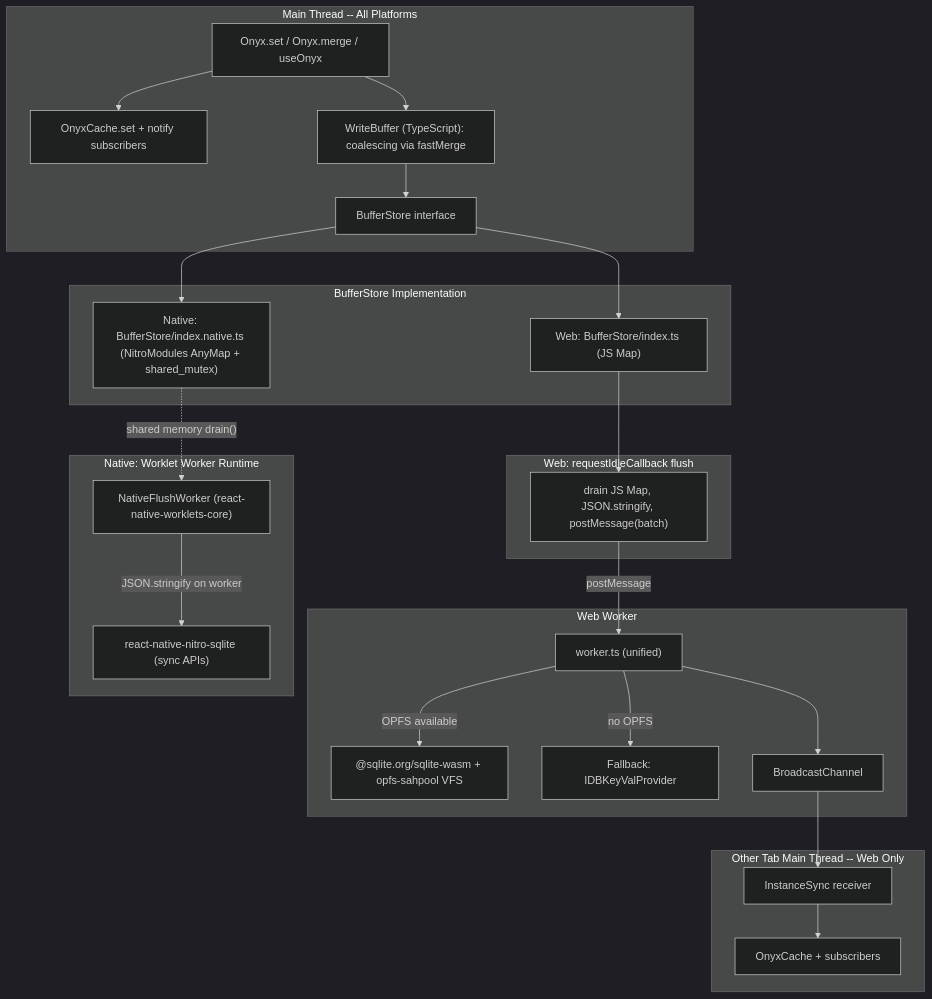
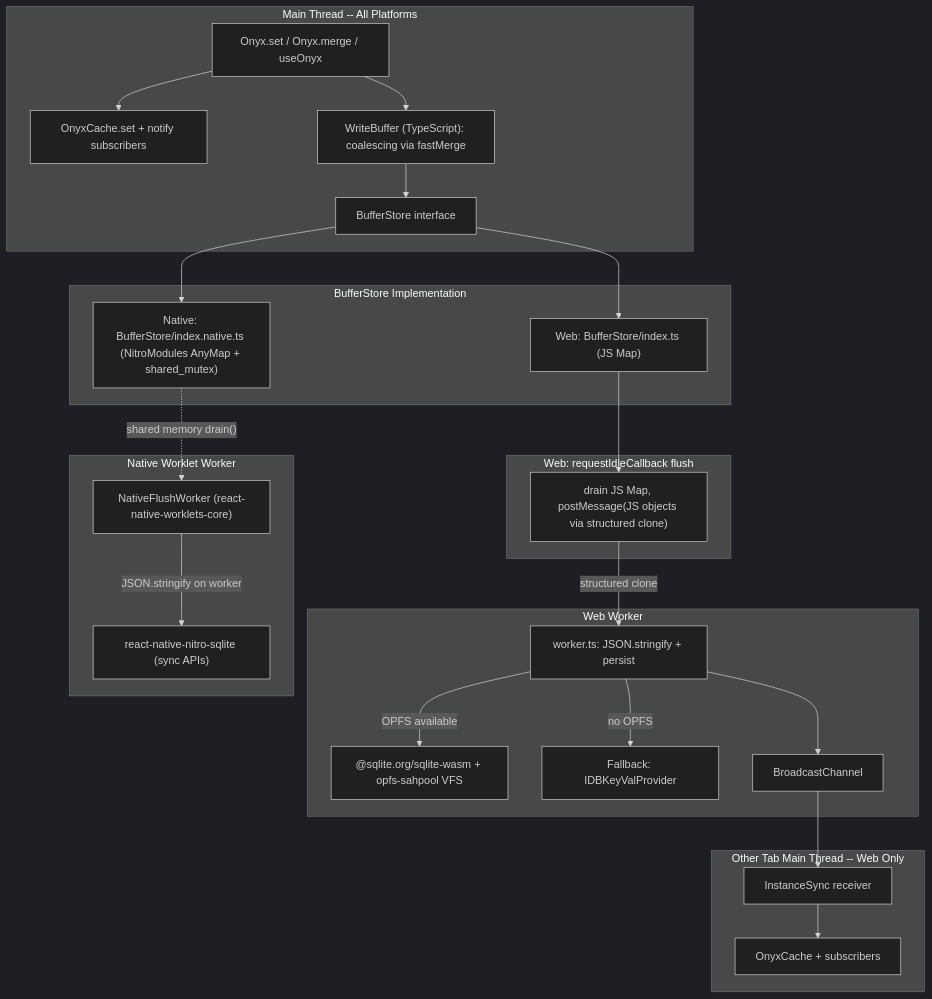
Before and after one commit to Expensify/react-native-onyx: the diagram in PROPOSAL_DRAFT.md, drawn with Mermaid (dark theme). The commit also changed other lines of this file, not shown here.

Commit message:
Fix architecture graph

````diff
--- a/PROPOSAL_DRAFT.md
+++ b/PROPOSAL_DRAFT.md
@@ -80,50 +80,50 @@
 ```mermaid
 graph TD
     subgraph mainThread [Main Thread -- All Platforms]
         Onyx["Onyx.set / Onyx.merge / useOnyx"]
         Cache["OnyxCache.set + notify subscribers"]
         WB["WriteBuffer (TypeScript): coalescing via fastMerge"]
         Store["BufferStore interface"]
         Onyx --> Cache
         Onyx --> WB
         WB --> Store
     end
 
     subgraph storeImpl [BufferStore Implementation]
         JSMap["Web: BufferStore/index.ts (JS Map)"]
         HybridBS["Native: BufferStore/index.native.ts (NitroModules AnyMap + shared_mutex)"]
     end
 
     Store --> JSMap
     Store --> HybridBS
 
     subgraph webPath [Web: requestIdleCallback flush]
-        WebFlush["drain JS Map, JSON.stringify, postMessage(batch)"]
+        WebFlush["drain JS Map, postMessage(JS objects via structured clone)"]
         JSMap --> WebFlush
     end
 
     subgraph webWorker [Web Worker]
-        Worker["worker.ts (unified)"]
+        Worker["worker.ts: JSON.stringify + persist"]
         SQLiteWeb["@sqlite.org/sqlite-wasm + opfs-sahpool VFS"]
         IDBFallback["Fallback: IDBKeyValProvider"]
         BChan["BroadcastChannel"]
-        WebFlush -->|"postMessage"| Worker
+        WebFlush -->|"structured clone"| Worker
         Worker -->|"OPFS available"| SQLiteWeb
         Worker -->|"no OPFS"| IDBFallback
         Worker --> BChan
     end
 
-    subgraph nativePath [Native: Worklet Worker Runtime]
+    subgraph nativePath [Native Worklet Worker]
         WorkletRT["NativeFlushWorker (react-native-worklets-core)"]
         SQLiteNative["react-native-nitro-sqlite (sync APIs)"]
         HybridBS -.->|"shared memory drain()"| WorkletRT
         WorkletRT -->|"JSON.stringify on worker"| SQLiteNative
     end
 
     subgraph otherTab [Other Tab Main Thread -- Web Only]
         IS["InstanceSync receiver"]
         Cache2["OnyxCache + subscribers"]
         BChan --> IS
         IS --> Cache2
     end
 ```
````
